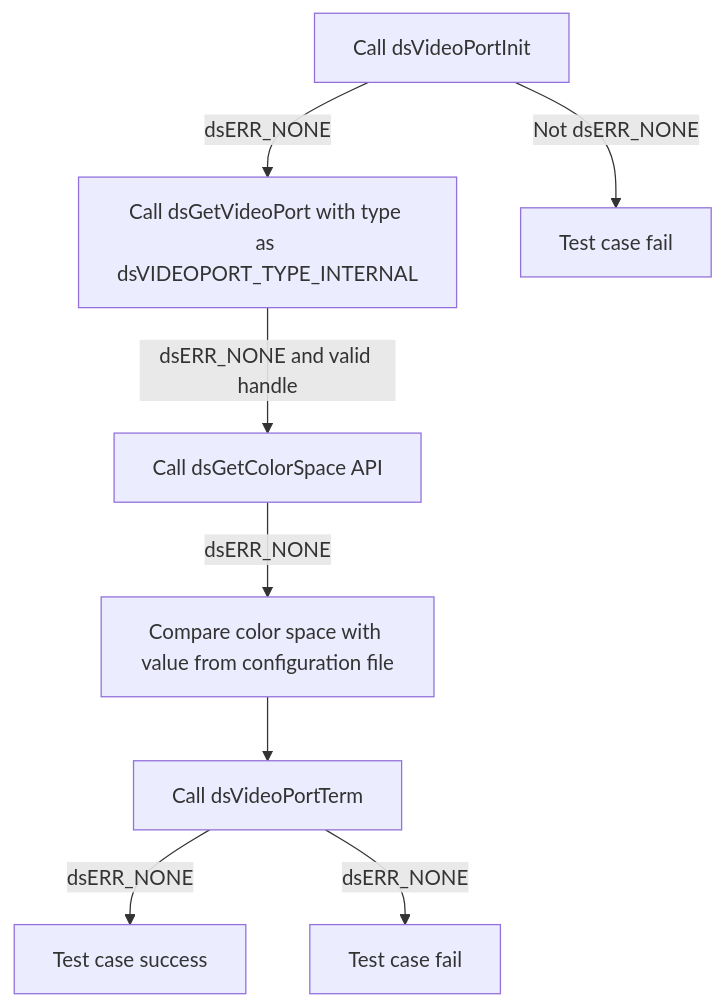
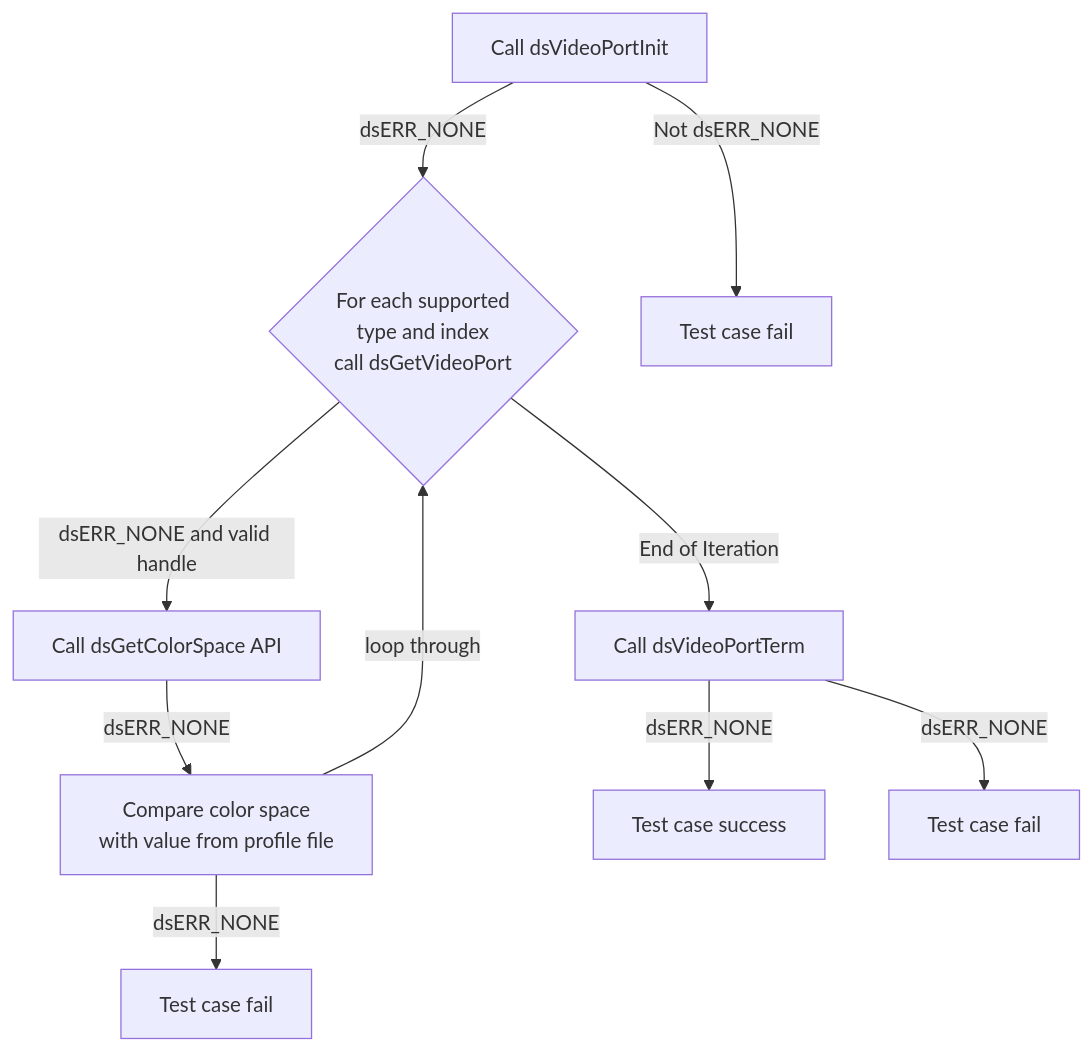
One commit to rdkcentral/rdk-halif-test-device_settings changed the tenth of 15 diagrams in docs/pages/ds-video-port_L2_Low-Level_TestSpecification.md. Above: the diagram before and after it, drawn with Mermaid. The commit also changed other lines of this file and 13 other files, not shown here.

Commit message:
gh #14 Update test case and configuration

````diff
--- a/docs/pages/ds-video-port_L2_Low-Level_TestSpecification.md
+++ b/docs/pages/ds-video-port_L2_Low-Level_TestSpecification.md
@@ -451,10 +456,12 @@
 ```mermaid
 graph TB
-A[Call dsVideoPortInit] -->|dsERR_NONE|B[Call dsGetVideoPort with type as dsVIDEOPORT_TYPE_INTERNAL]
+A[Call dsVideoPortInit] -->|dsERR_NONE|B{For each supported<br> type and index <br> call dsGetVideoPort}
 A -->|Not dsERR_NONE|A1[Test case fail]
 B -->|dsERR_NONE and valid handle|C[Call dsGetColorSpace API]
-C -->|dsERR_NONE|D[Compare color space with value from configuration file]
-D --> E[Call dsVideoPortTerm]
+C -->|dsERR_NONE|D[Compare color space <br>with value from profile file]
+D -->|loop through | B
+D -->|dsERR_NONE|E2[Test case fail]
+B -->|End of Iteration| E[Call dsVideoPortTerm]
 E -->|dsERR_NONE|F[Test case success]
 E -->|dsERR_NONE|E1[Test case fail]
 ```
````
